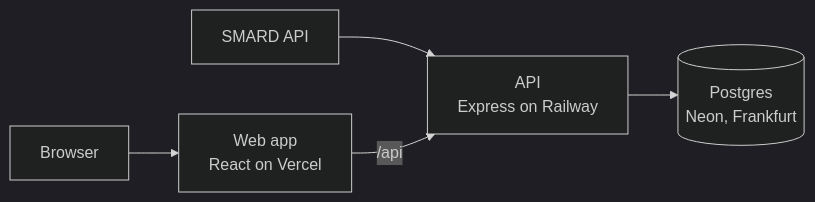
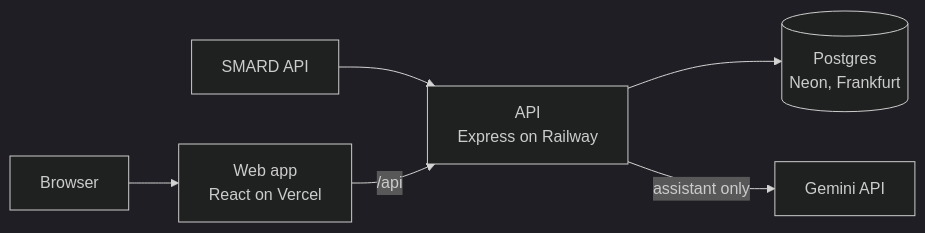
Before and after one commit to Tuhama/Stromblick: the diagram in README.md, drawn with Mermaid (dark theme). The commit also changed other lines of this file, not shown here.

Commit message:
docs: update the README for the overview and the AI assistant (#102)

````diff
--- a/README.md
+++ b/README.md
@@ -30,7 +30,8 @@
 ```mermaid
 flowchart LR
   smard[SMARD API] --> api
   browser[Browser] --> web[Web app<br/>React on Vercel]
   web -- "/api" --> api[API<br/>Express on Railway]
   api --> db[(Postgres<br/>Neon, Frankfurt)]
+  api -- "assistant only" --> gemini[Gemini API]
 ```
````
